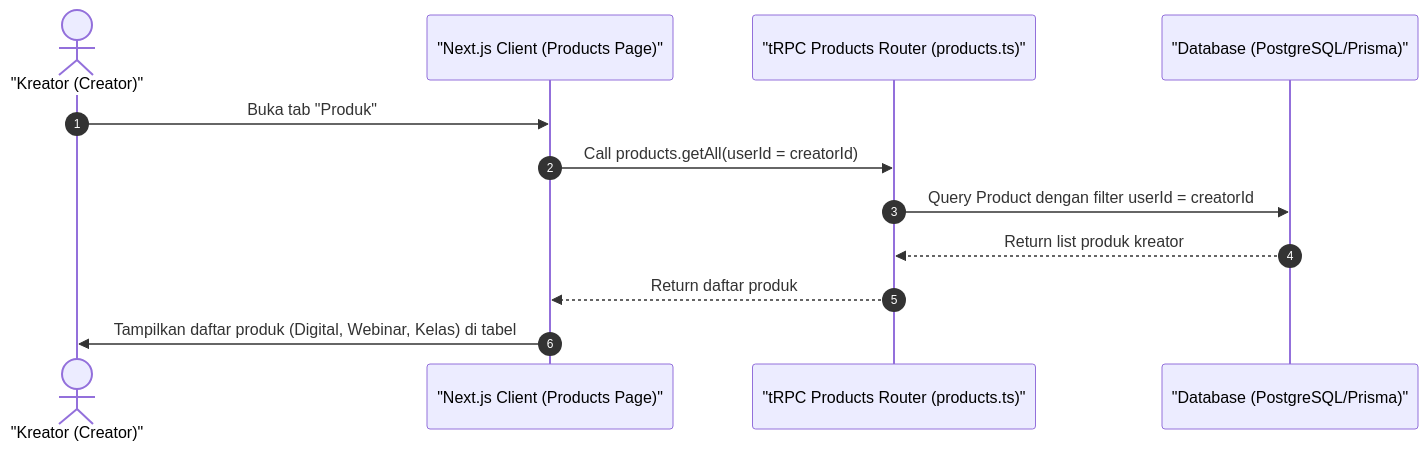
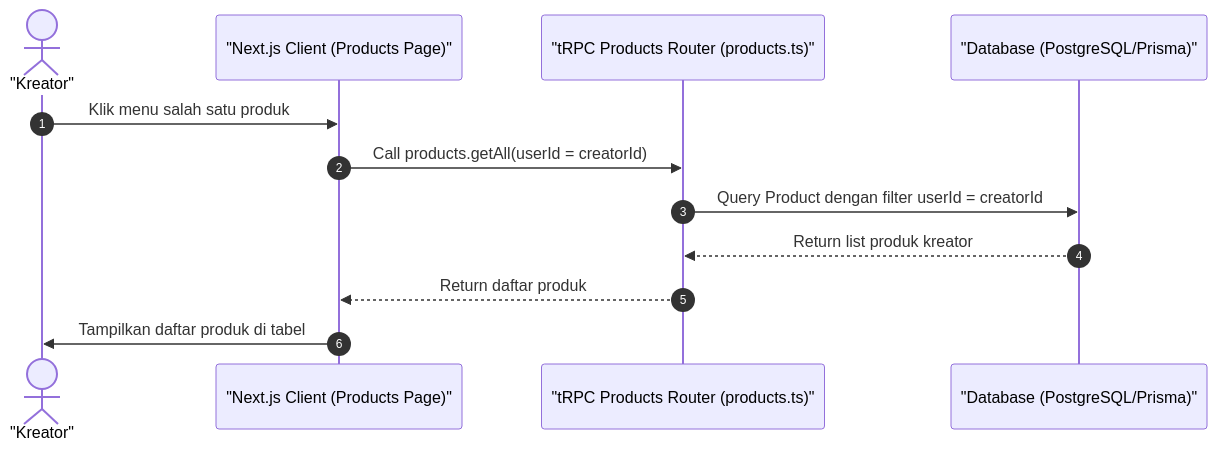
Before and after one commit to luputer/CuanIN: the diagram in docs/17-creator-products-list.md, drawn with Mermaid. The commit also changed 53 other files, not shown here.

````diff
--- a/docs/17-creator-products-list.md
+++ b/docs/17-creator-products-list.md
@@ -5,16 +5,16 @@
 ```mermaid
 sequenceDiagram
     autonumber
-    actor Creator as "Kreator (Creator)"
+    actor Creator as "Kreator"
     participant Client as "Next.js Client (Products Page)"
     participant Server as "tRPC Products Router (products.ts)"
     participant DB as "Database (PostgreSQL/Prisma)"
 
-    Creator->>Client: Buka tab "Produk"
+    Creator->>Client: Klik menu salah satu produk
     Client->>Server: Call products.getAll(userId = creatorId)
     Server->>DB: Query Product dengan filter userId = creatorId
     DB-->>Server: Return list produk kreator
     Server-->>Client: Return daftar produk
-    Client->>Creator: Tampilkan daftar produk (Digital, Webinar, Kelas) di tabel
+    Client->>Creator: Tampilkan daftar produk di tabel
 
 ```
````
